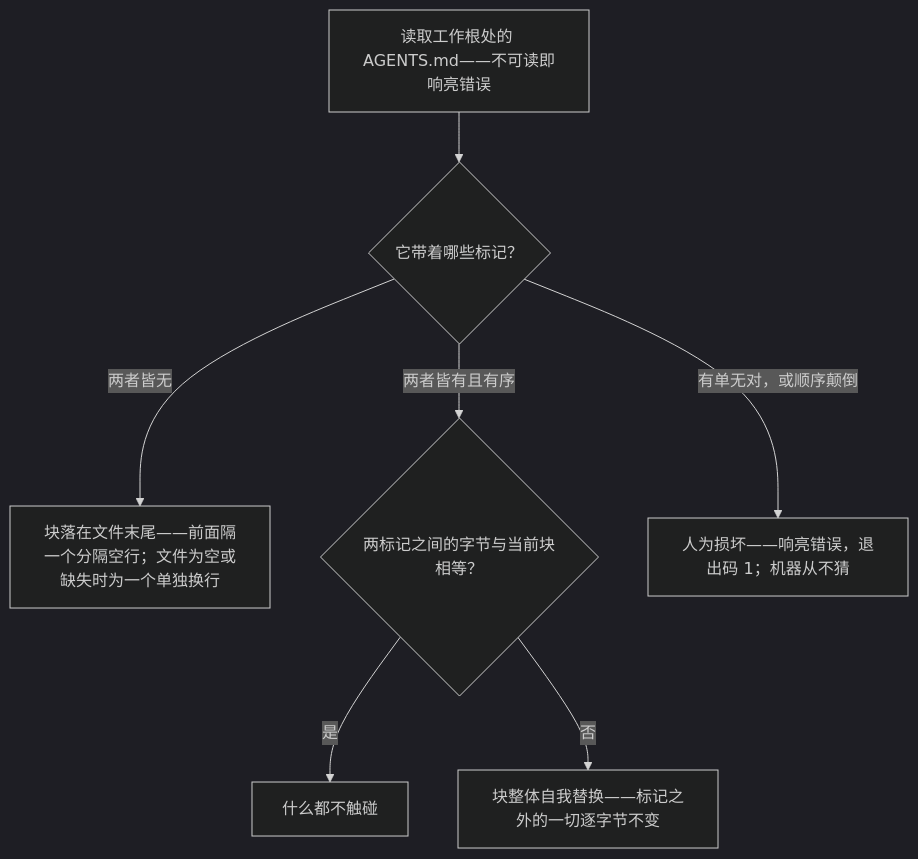
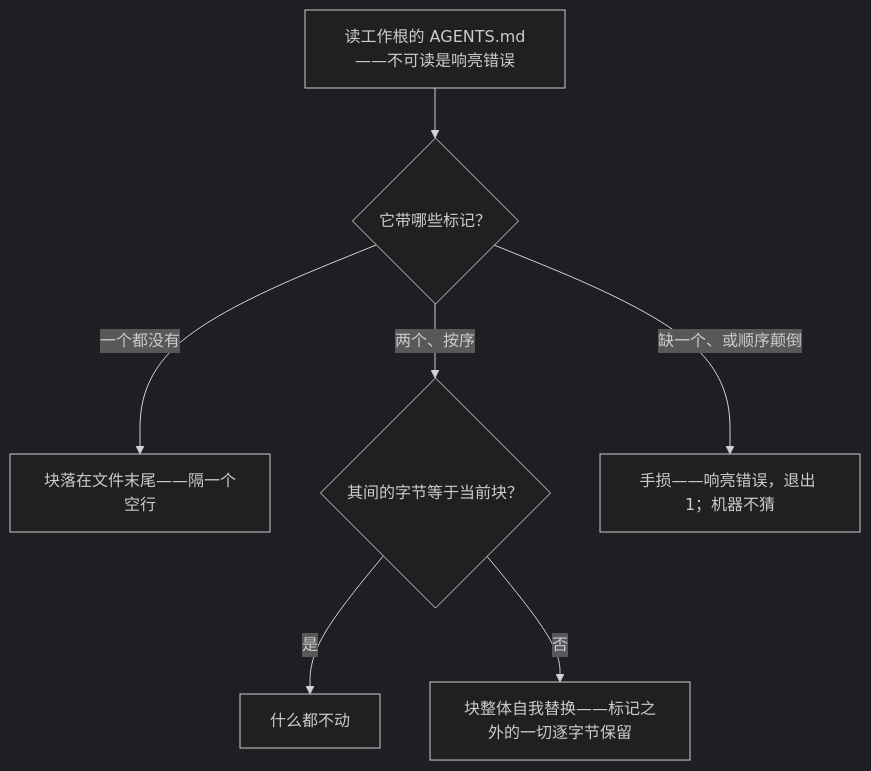
Before and after one commit to neurophant/punchtape: the eighth of 9 diagrams in docs/ARCHITECTURE.zh.md, drawn with Mermaid (dark theme). The commit also changed other lines of this file and 80 other files, not shown here.

````diff
--- a/docs/ARCHITECTURE.zh.md
+++ b/docs/ARCHITECTURE.zh.md
@@ -351,9 +633,9 @@
 ```mermaid
 flowchart TD
-    R["读取工作根处的 AGENTS.md——不可读即响亮错误"] --> M{"它带着哪些标记？"}
-    M -- "两者皆无" --> APP["块落在文件末尾——前面隔一个分隔空行；文件为空或缺失时为一个单独换行"]
-    M -- "两者皆有且有序" --> EQ{"两标记之间的字节与当前块相等？"}
-    EQ -- "是" --> NOP["什么都不触碰"]
-    EQ -- "否" --> REP["块整体自我替换——标记之外的一切逐字节不变"]
-    M -- "有单无对，或顺序颠倒" --> ERR["人为损坏——响亮错误，退出码 1；机器从不猜"]
+    R["读工作根的 AGENTS.md——不可读是响亮错误"] --> M{"它带哪些标记？"}
+    M -- "一个都没有" --> APP["块落在文件末尾——隔一个空行"]
+    M -- "两个、按序" --> EQ{"其间的字节等于当前块？"}
+    EQ -- "是" --> NOP["什么都不动"]
+    EQ -- "否" --> REP["块整体自我替换——标记之外的一切逐字节保留"]
+    M -- "缺一个、或顺序颠倒" --> ERR["手损——响亮错误，退出 1；机器不猜"]
 ```
````
